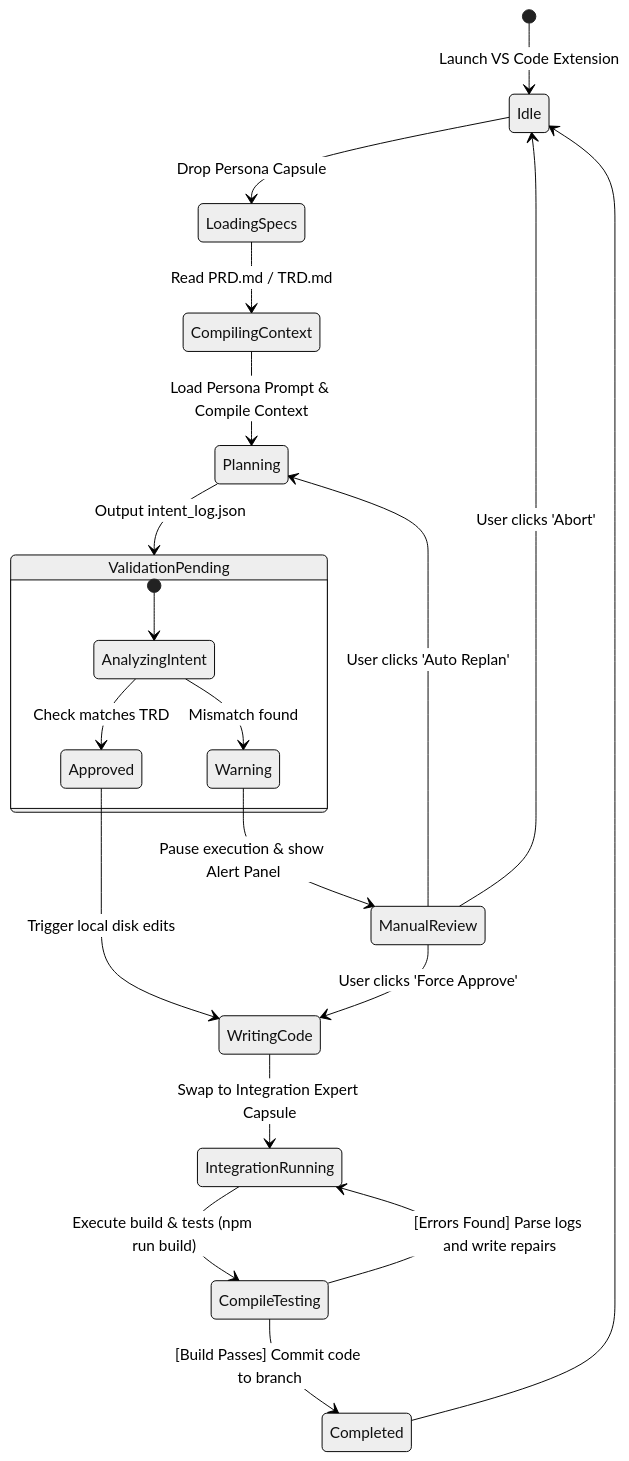
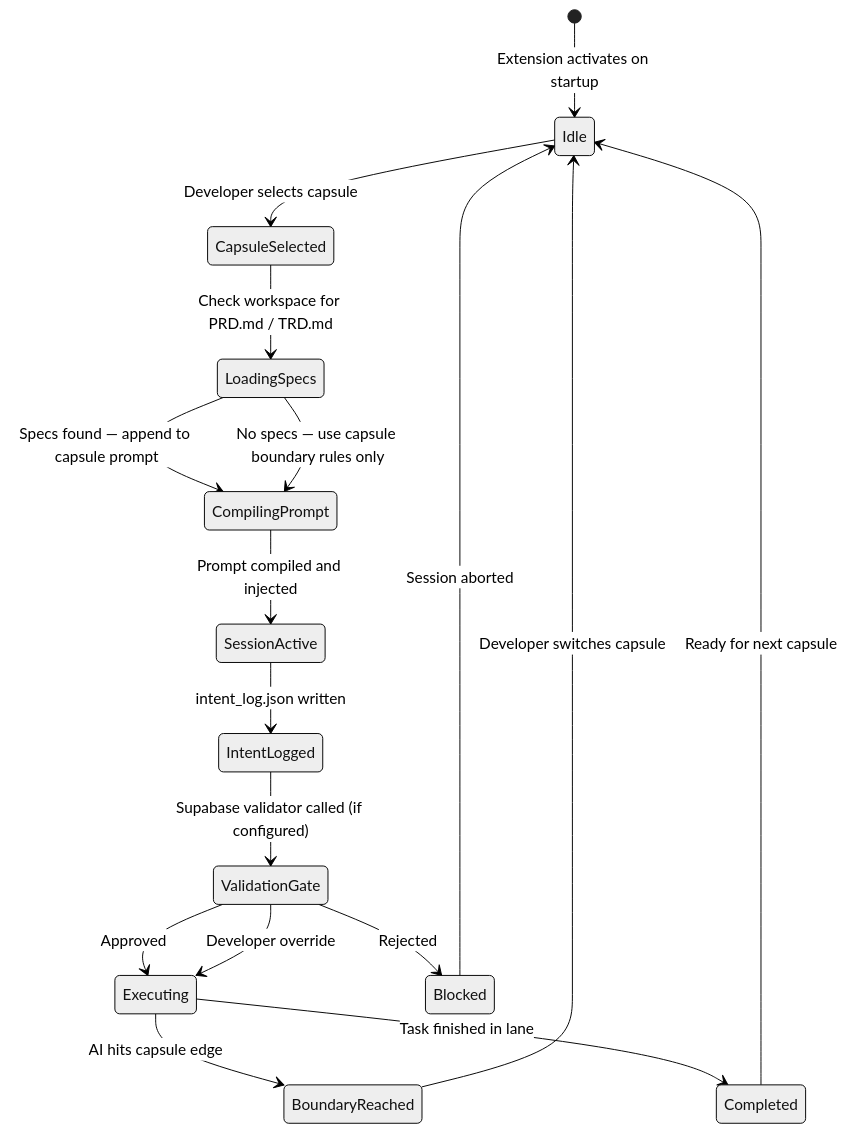
Before and after one commit to kunalraha-ai/CapDrop: the third of 3 diagrams in README.md, drawn with Mermaid (neutral theme). The commit also changed other lines of this file, not shown here.

````diff
--- a/README.md
+++ b/README.md
@@ -111,28 +141,26 @@
 ```mermaid
 stateDiagram-v2
-    [*] --> Idle : Launch VS Code Extension
-    Idle --> LoadingSpecs : Drop Persona Capsule
-    LoadingSpecs --> CompilingContext : Read PRD.md / TRD.md
-    CompilingContext --> Planning : Load Persona Prompt & Compile Context
-    Planning --> ValidationPending : Output intent_log.json
-    
-    state ValidationPending {
-        [*] --> AnalyzingIntent
-        AnalyzingIntent --> Approved : Check matches TRD
-        AnalyzingIntent --> Warning : Mismatch found
-    }
+    [*] --> Idle : Extension activates on startup
 
-    Approved --> WritingCode : Trigger local disk edits
-    Warning --> ManualReview : Pause execution & show Alert Panel
-    
-    ManualReview --> WritingCode : User clicks 'Force Approve'
-    ManualReview --> Planning : User clicks 'Auto Replan'
-    ManualReview --> Idle : User clicks 'Abort'
+    Idle --> CapsuleSelected : Developer selects capsule
+    CapsuleSelected --> LoadingSpecs : Check workspace for PRD.md / TRD.md
 
-    WritingCode --> IntegrationRunning : Swap to Integration Expert Capsule
-    IntegrationRunning --> CompileTesting : Execute build & tests (npm run build)
-    
-    CompileTesting --> IntegrationRunning : [Errors Found] Parse logs and write repairs
-    CompileTesting --> Completed : [Build Passes] Commit code to branch
-    Completed --> Idle
+    LoadingSpecs --> CompilingPrompt : Specs found — append to capsule prompt
+    LoadingSpecs --> CompilingPrompt : No specs — use capsule boundary rules only
+
+    CompilingPrompt --> SessionActive : Prompt compiled and injected
+    SessionActive --> IntentLogged : intent_log.json written
+
+    IntentLogged --> ValidationGate : Supabase validator called (if configured)
+    ValidationGate --> Executing : Approved
+    ValidationGate --> Blocked : Rejected
+    ValidationGate --> Executing : Developer override
+
+    Blocked --> Idle : Session aborted
+
+    Executing --> BoundaryReached : AI hits capsule edge
+    Executing --> Completed : Task finished in lane
+
+    BoundaryReached --> Idle : Developer switches capsule
+    Completed --> Idle : Ready for next capsule
 ```
````
